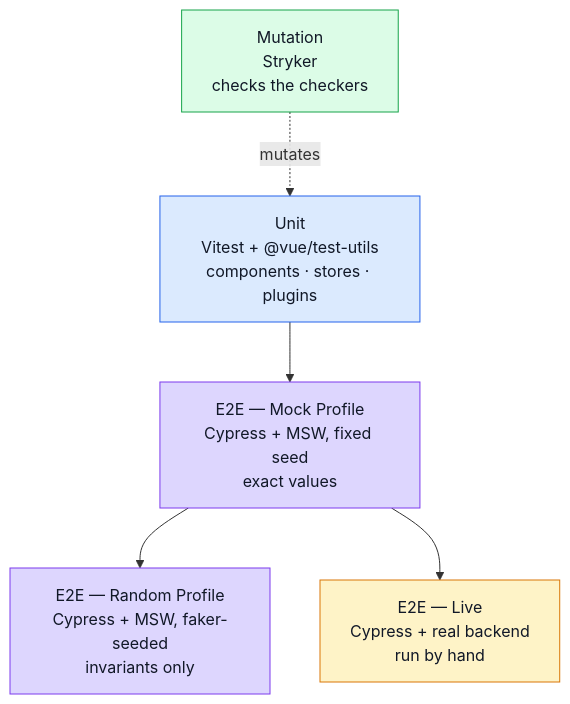
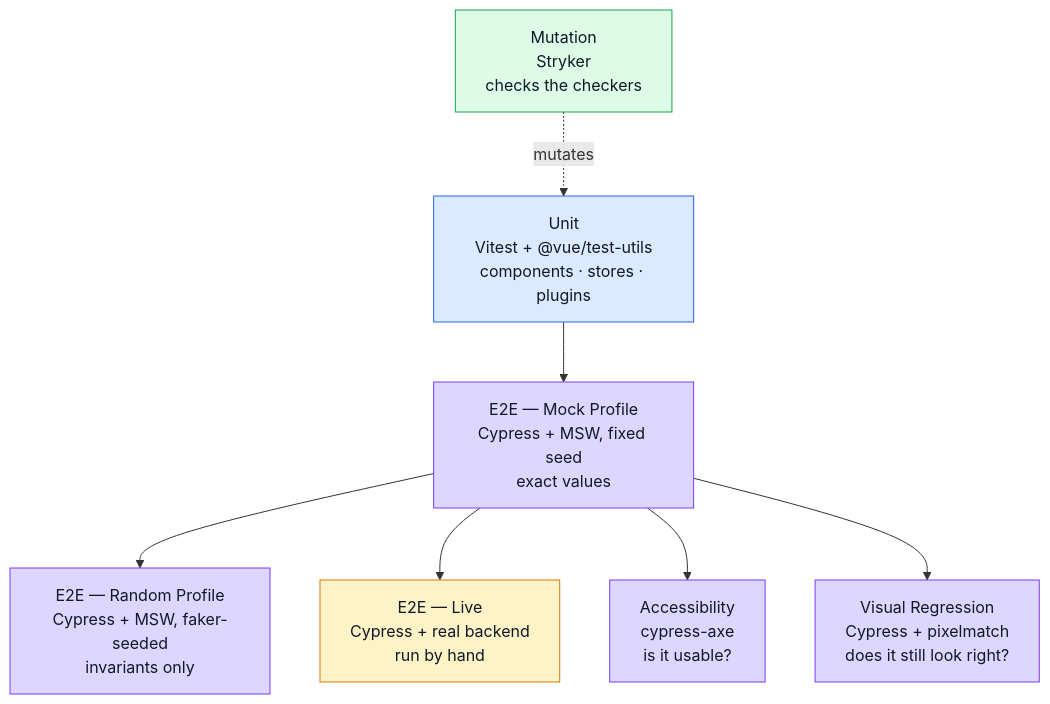
Before and after one commit to Guebbit/boilerplate-vue-frontend: the first of 3 diagrams in docs/tools/testing-and-docs.md, drawn with Mermaid. The commit also changed other lines of this file and 56 other files, not shown here.

First line of the commit message:
test: add visual regression and accessibility gates, and fix what they found

````diff
--- a/docs/tools/testing-and-docs.md
+++ b/docs/tools/testing-and-docs.md
@@ -7,23 +7,28 @@
 ```mermaid
 %%{init: {'flowchart': {'nodeSpacing': 50, 'rankSpacing': 60}}}%%
 flowchart TB
     Unit["Unit\nVitest + @vue/test-utils\ncomponents · stores · plugins"]
     Mock["E2E — Mock Profile\nCypress + MSW, fixed seed\nexact values"]
     Random["E2E — Random Profile\nCypress + MSW, faker-seeded\ninvariants only"]
     Live["E2E — Live\nCypress + real backend\nrun by hand"]
+    A11y["Accessibility\ncypress-axe\nis it usable?"]
+    Visual["Visual Regression\nCypress + pixelmatch\ndoes it still look right?"]
     Mutation["Mutation\nStryker\nchecks the checkers"]
 
     Unit --> Mock
     Mock --> Random
     Mock --> Live
+    Mock --> A11y
+    Mock --> Visual
     Mutation -.mutates.-> Unit
 
     classDef fast fill:#dbeafe,stroke:#2563eb,color:#111827;
     classDef e2e fill:#ddd6fe,stroke:#7c3aed,color:#111827;
     classDef live fill:#fef3c7,stroke:#d97706,color:#111827;
     classDef meta fill:#dcfce7,stroke:#16a34a,color:#111827;
     class Unit fast;
     class Mock,Random e2e;
+    class A11y,Visual e2e;
     class Live live;
     class Mutation meta;
 ```
````
